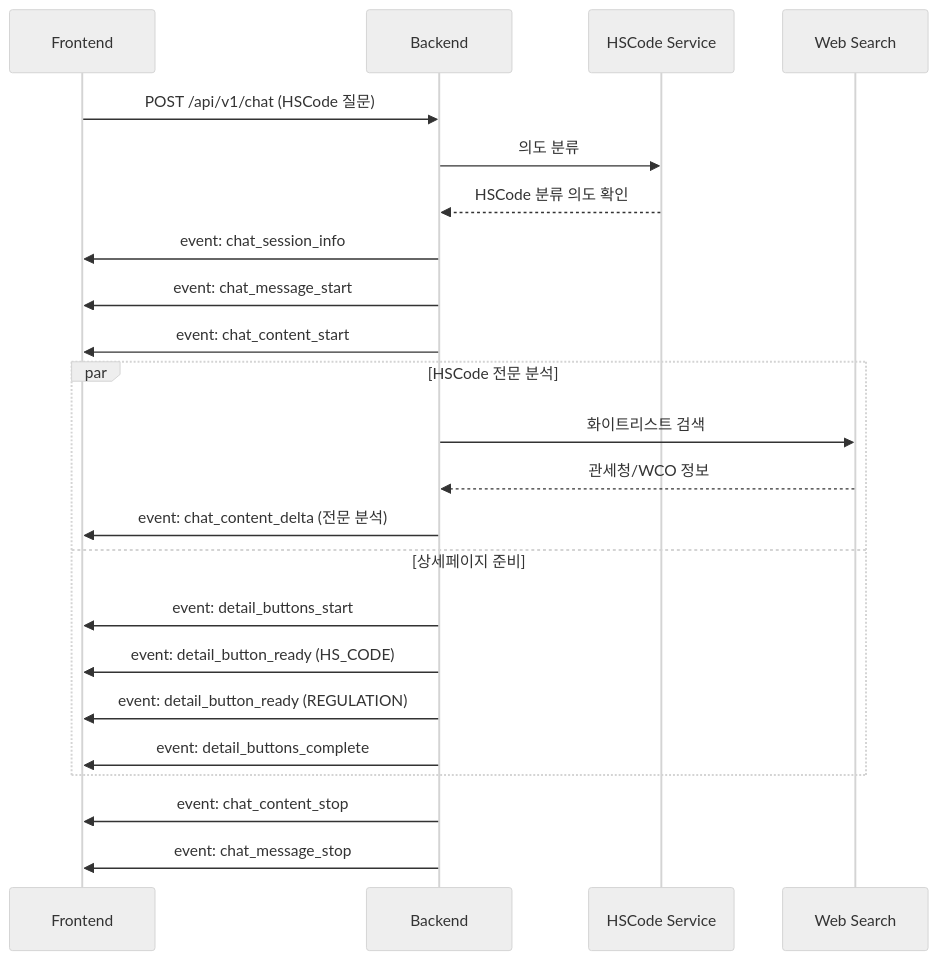
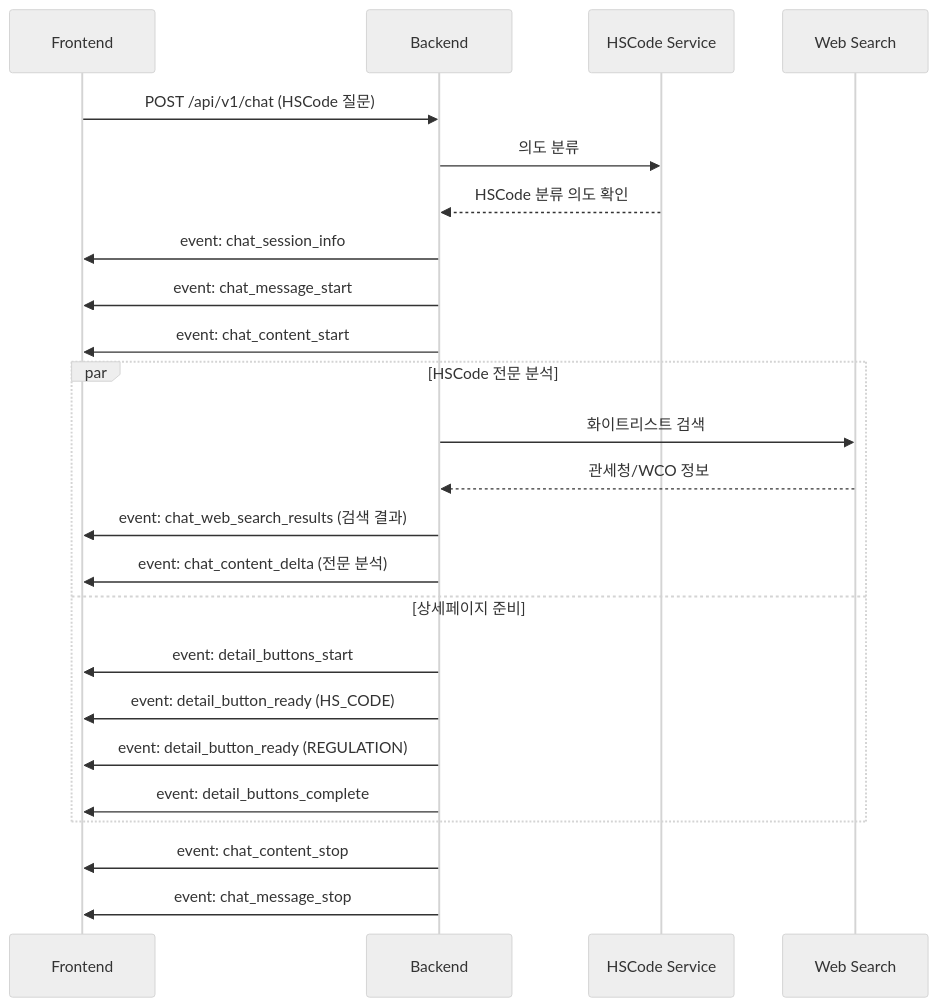
One commit to GodsB1025/trade-python changed the second of 2 diagrams in docs/sse_event_mapping.md. Above: the diagram before and after it, drawn with Mermaid (neutral theme). The commit also changed other lines of this file and 3 other files, not shown here.

````diff
--- a/docs/sse_event_mapping.md
+++ b/docs/sse_event_mapping.md
@@ -325,29 +682,30 @@
 ```mermaid
 sequenceDiagram
     participant FE as Frontend
     participant BE as Backend
     participant HSC as HSCode Service
     participant WS as Web Search
 
     FE->>BE: POST /api/v1/chat (HSCode 질문)
     BE->>HSC: 의도 분류
     HSC-->>BE: HSCode 분류 의도 확인
     
     BE->>FE: event: chat_session_info
     BE->>FE: event: chat_message_start
     BE->>FE: event: chat_content_start
     
     par HSCode 전문 분석
         BE->>WS: 화이트리스트 검색
         WS-->>BE: 관세청/WCO 정보
+        BE->>FE: event: chat_web_search_results (검색 결과)
         BE->>FE: event: chat_content_delta (전문 분석)
     and 상세페이지 준비
         BE->>FE: event: detail_buttons_start
         BE->>FE: event: detail_button_ready (HS_CODE)
         BE->>FE: event: detail_button_ready (REGULATION)
         BE->>FE: event: detail_buttons_complete
     end
     
     BE->>FE: event: chat_content_stop
     BE->>FE: event: chat_message_stop
 ```
````
